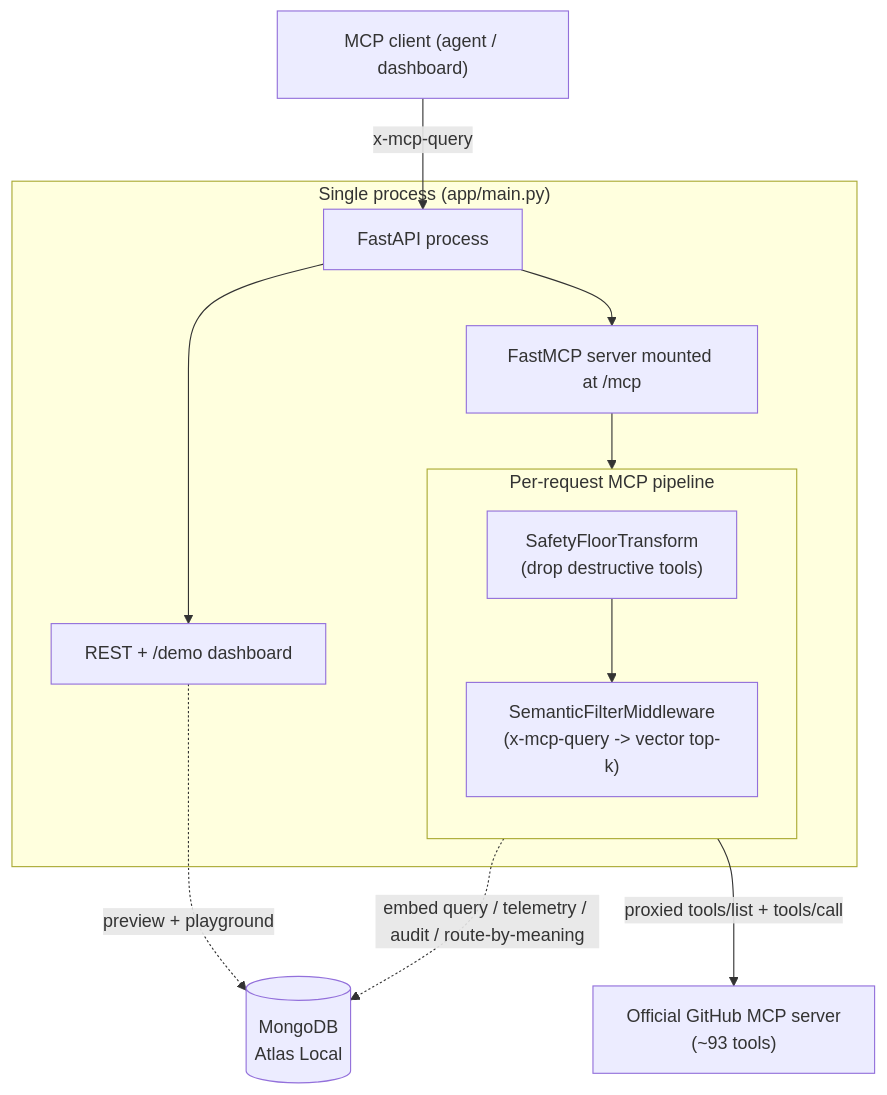
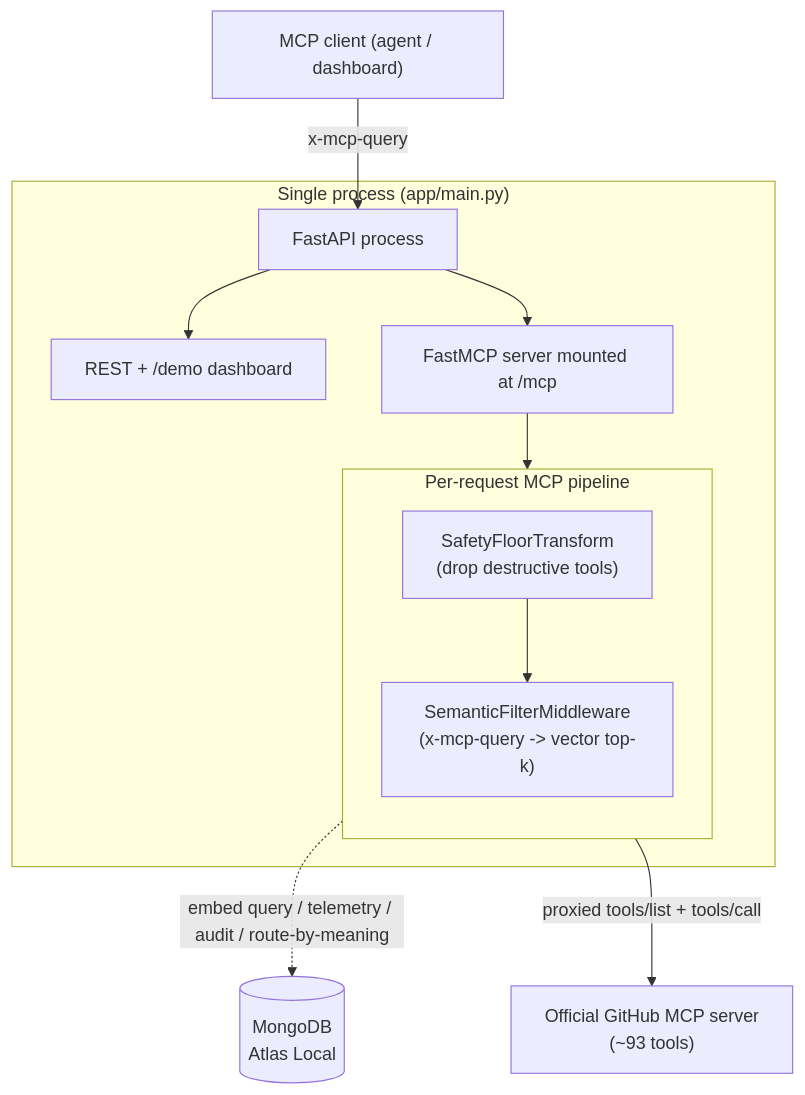
Before and after one commit to ranfysvalle02/slim-mcp: the first of 2 diagrams in architecture.md, drawn with Mermaid. The commit also changed 2 other files, not shown here.

Commit message:
Docs/comments: scrub stale references after endpoint + blocklist changes
Audit pass for staleness left by removing /demo/preview + /demo/route and
refining the destructive-tool detection:

- catalog.py: explain_route/route_status docstrings no longer claim a "UI
  inspector" / "dashboard route-by-meaning panel" (both removed); they now point
  at scripts/seed_catalog.py, their only remaining caller.
- architecture.md: drop the diagram edge showing the REST/demo plane querying
  MongoDB directly -- no /demo endpoint does that anymore (the old /demo/preview
  ran $vectorSearch; /demo/safety does not touch Mongo).
- headers.py: the no-request-context example now cites background seeding rather
  than the (removed) preview path.

Verified live: upstream 93 tools -> 89 after the floor, 4 blocked
(actions_run_trigger, delete_file, discussion_comment_write, projects_write),
so the counts cited in README/TLDR/blog remain accurate.

````diff
--- a/architecture.md
+++ b/architecture.md
@@ -21,23 +21,22 @@
 ```mermaid
 flowchart TB
   client["MCP client (agent / dashboard)"] -->|"x-mcp-query"| fastapi["FastAPI process"]
 
   subgraph proc["Single process (app/main.py)"]
     fastapi --> rest["REST + /demo dashboard"]
     fastapi --> mcp["FastMCP server mounted at /mcp"]
 
     subgraph pipeline["Per-request MCP pipeline"]
       direction TB
       t1["SafetyFloorTransform<br/>(drop destructive tools)"]
       mw["SemanticFilterMiddleware<br/>(x-mcp-query -> vector top-k)"]
       t1 --> mw
     end
 
     mcp --> pipeline
   end
 
   pipeline -->|"proxied tools/list + tools/call"| gh["Official GitHub MCP server<br/>(~93 tools)"]
 
   mw -. "embed query / telemetry / audit / route-by-meaning" .-> mongo[("MongoDB<br/>Atlas Local")]
-  rest -. "preview + playground" .-> mongo
 ```
````
